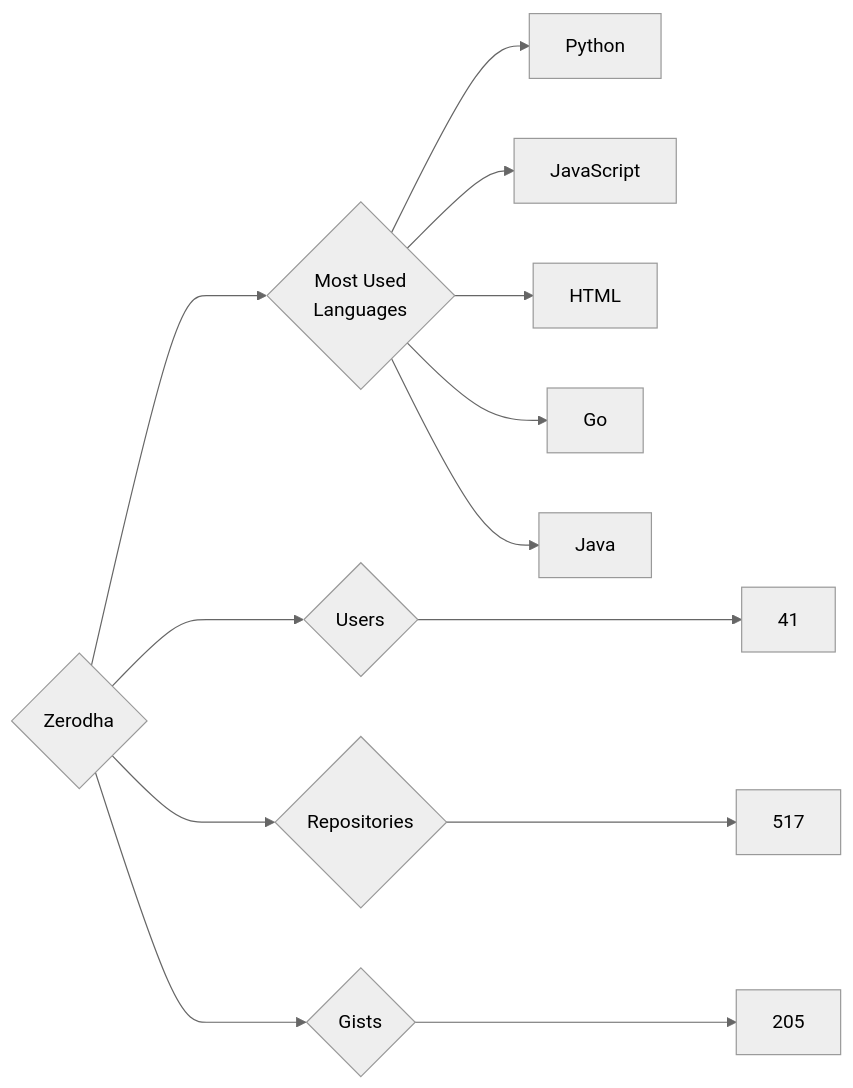
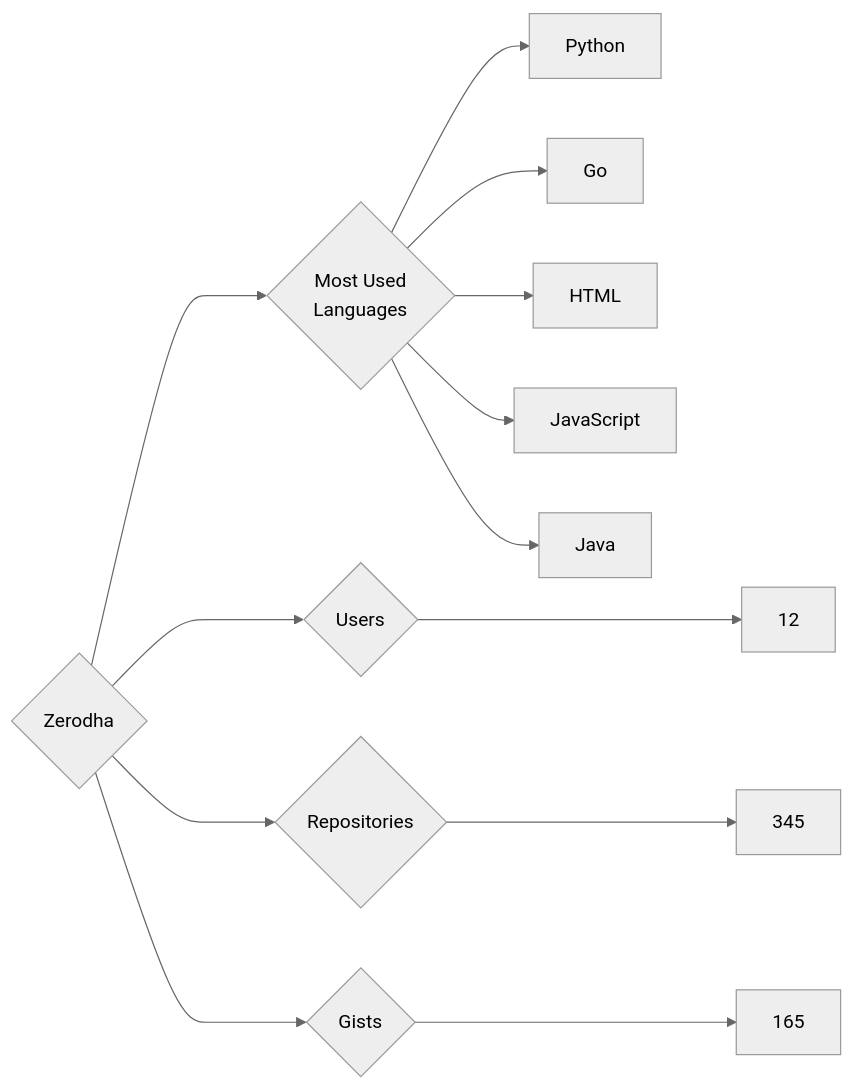
One commit to trickest/insiders changed the diagram in targets/Zerodha/README.md. Above: the diagram before and after it, drawn with Mermaid (neutral theme). The commit also changed 815 other files, not shown here.

````diff
--- a/targets/Zerodha/README.md
+++ b/targets/Zerodha/README.md
@@ -3,13 +3,13 @@
 ```mermaid
 graph LR
 COMPANY_NAME{Zerodha}
-COMPANY_NAME ---> U{Users} ---> UN[41]
-COMPANY_NAME ---> R{Repositories} ---> RN[517]
-COMPANY_NAME ---> G{Gists} ---> GN[205]
+COMPANY_NAME ---> U{Users} ---> UN[12]
+COMPANY_NAME ---> R{Repositories} ---> RN[345]
+COMPANY_NAME ---> G{Gists} ---> GN[165]
 COMPANY_NAME ---> ML{Most Used<br>Languages}
 ML --> Python[Python]
+ML --> Go[Go]
+ML --> HTML[HTML]
 ML --> JavaScript[JavaScript]
-ML --> HTML[HTML]
-ML --> Go[Go]
 ML --> Java[Java]
 ```
````
